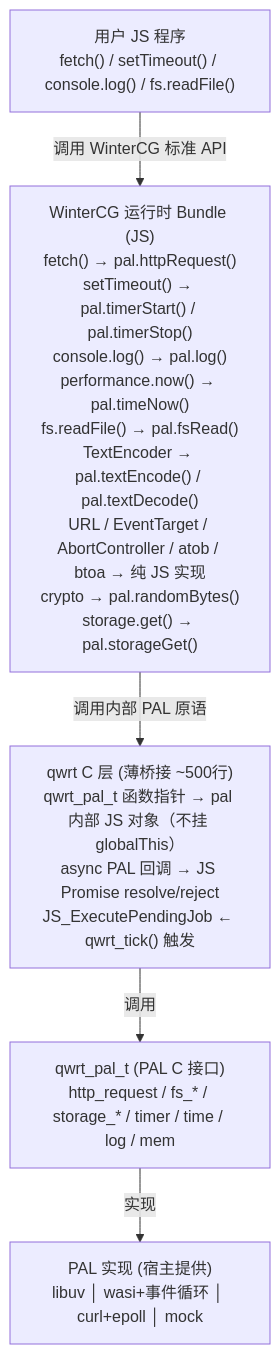
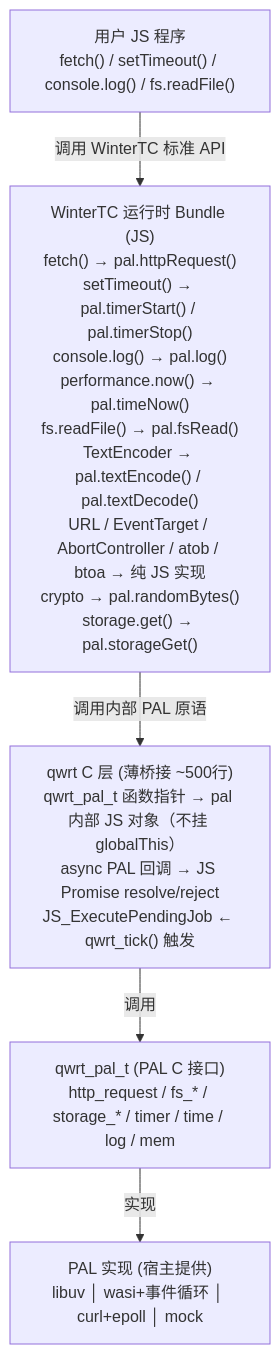
The first of 2 diagrams in docs/pal-design.md (adam-ikari/qwrt), drawn with Mermaid before and after one commit. The commit also changed other lines of this file and 67 other files, not shown here.

````diff
--- a/docs/pal-design.md
+++ b/docs/pal-design.md
@@ -33,8 +33,8 @@
 ```mermaid
 flowchart TB
     A["用户 JS 程序<br/>fetch() / setTimeout() / console.log() / fs.readFile()"]
-    A -->|调用 WinterCG 标准 API| B["WinterCG 运行时 Bundle (JS)<br/>fetch() → pal.httpRequest()<br/>setTimeout() → pal.timerStart() / pal.timerStop()<br/>console.log() → pal.log()<br/>performance.now() → pal.timeNow()<br/>fs.readFile() → pal.fsRead()<br/>TextEncoder → pal.textEncode() / pal.textDecode()<br/>URL / EventTarget / AbortController / atob / btoa → 纯 JS 实现<br/>crypto → pal.randomBytes()<br/>storage.get() → pal.storageGet()"]
+    A -->|调用 WinterTC 标准 API| B["WinterTC 运行时 Bundle (JS)<br/>fetch() → pal.httpRequest()<br/>setTimeout() → pal.timerStart() / pal.timerStop()<br/>console.log() → pal.log()<br/>performance.now() → pal.timeNow()<br/>fs.readFile() → pal.fsRead()<br/>TextEncoder → pal.textEncode() / pal.textDecode()<br/>URL / EventTarget / AbortController / atob / btoa → 纯 JS 实现<br/>crypto → pal.randomBytes()<br/>storage.get() → pal.storageGet()"]
     B -->|调用内部 PAL 原语| C["qwrt C 层 (薄桥接 ~500行)<br/>qwrt_pal_t 函数指针 → pal 内部 JS 对象（不挂 globalThis）<br/>async PAL 回调 → JS Promise resolve/reject<br/>JS_ExecutePendingJob ← qwrt_tick() 触发"]
     C -->|调用| D["qwrt_pal_t (PAL C 接口)<br/>http_request / fs_* / storage_* / timer / time / log / mem"]
     D -->|实现| E["PAL 实现 (宿主提供)<br/>libuv │ wasi+事件循环 │ curl+epoll │ mock"]
 ```
````
